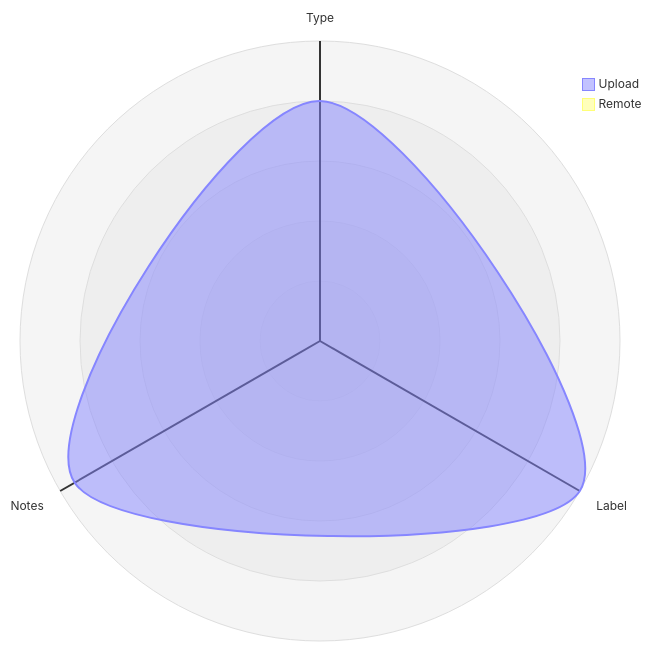
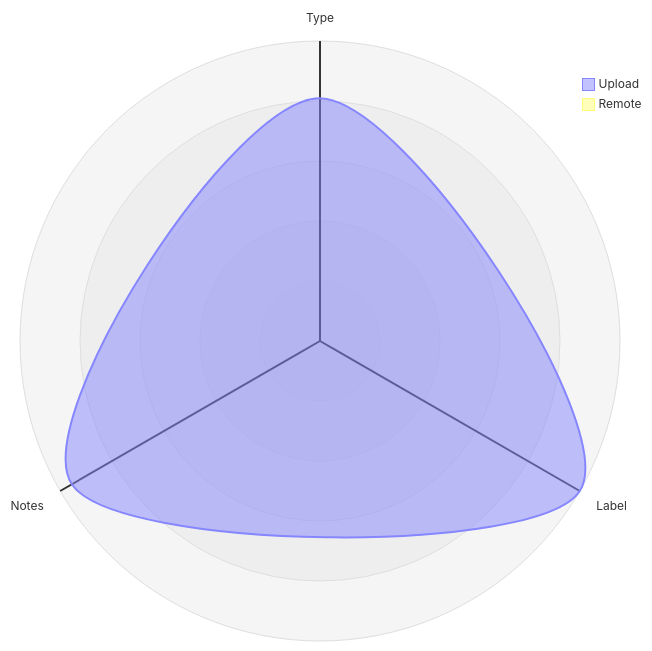
Before and after one commit to open-data/analytics-corporate-reporting: the third of 5 diagrams in datastore_tracker/README.md, drawn with Mermaid. The commit also changed 7 other files, not shown here.

````diff
--- a/datastore_tracker/README.md
+++ b/datastore_tracker/README.md
@@ -106,12 +106,12 @@
 ```mermaid
 radar-beta
   axis T["Type"], L["Label"], N["Notes"]
-  curve u["Upload"]{0.00072, 0.0009, 0.00085}
+  curve u["Upload"]{0.00072, 0.00089, 0.00085}
   curve r["Remote"]{0, 0, 0}
 
   showLegend true
 
   min 0
   graticule circle
   ticks 5
 ```
````
